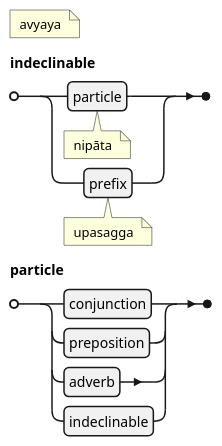
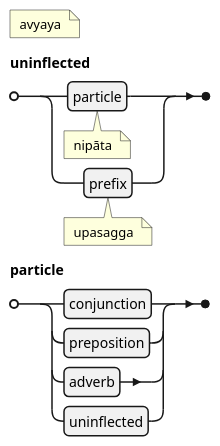
Before and after one commit to ChristineTham/buddhavacana: diagram 12 of 12 in src/content/docs/Pali Textbook/c-grammar.md, drawn with PlantUML. The commit also changed other lines of this file and 52 other files, not shown here.

````diff
--- a/src/content/docs/Pali Textbook/c-grammar.md
+++ b/src/content/docs/Pali Textbook/c-grammar.md
@@ -266,8 +266,8 @@
 ```plantuml
 @startebnf
 
 (* avyaya *)
-indeclinable = particle (* nipāta *) | prefix (* upasagga *);
-particle = conjunction | preposition | adverb | indeclinable ;
+uninflected = particle (* nipāta *) | prefix (* upasagga *);
+particle = conjunction | preposition | adverb | uninflected ;
 @endebnf
 ```
````
